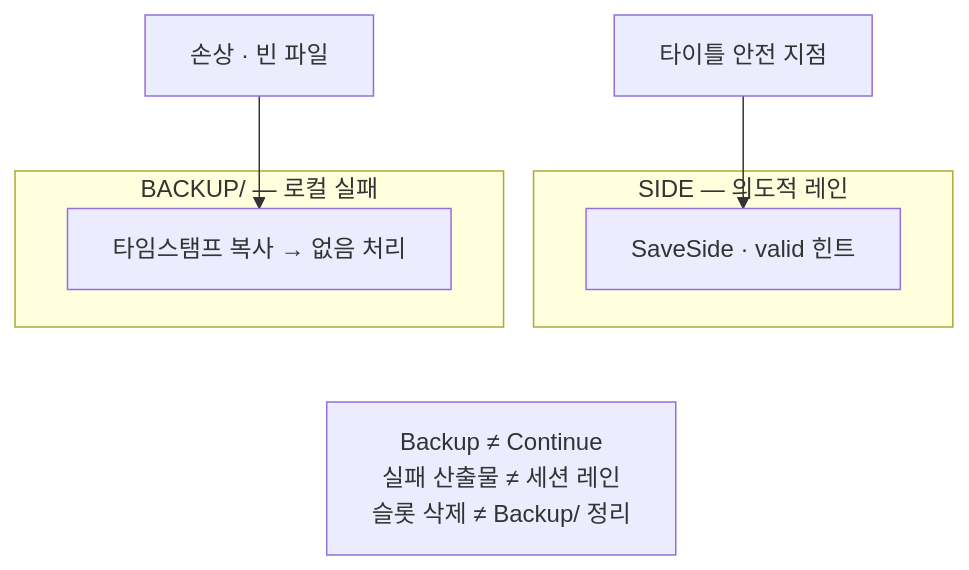
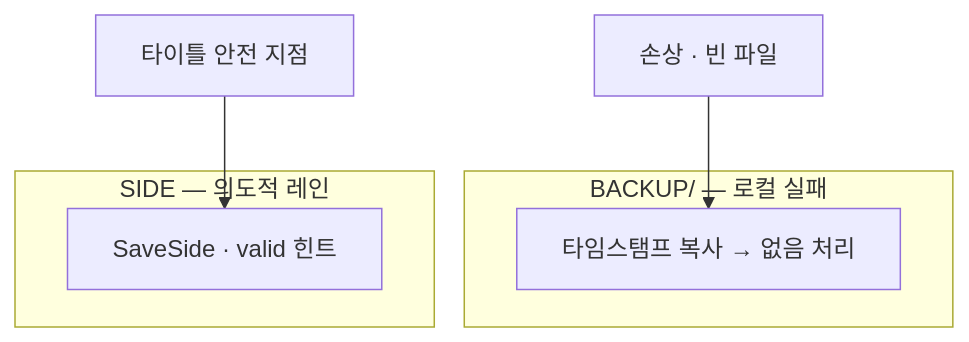
The diagram in notes/save-layout-side-lane.md (monet5379/monet5379.github.io), drawn with Mermaid before and after one commit. The commit also changed other lines of this file and 24 other files, not shown here.

Commit message:
콘텐츠(notes): project 목록 FM과 복수 증명·Mermaid·회고 슬롯을 맞춥니다.

````diff
--- a/notes/save-layout-side-lane.md
+++ b/notes/save-layout-side-lane.md
@@ -41,17 +43,13 @@
 ```mermaid
 flowchart TD
   E["손상 · 빈 파일"] --> B
   T["타이틀 안전 지점"] --> S
 
   subgraph BACKUP["BACKUP/ — 로컬 실패"]
     B["타임스탬프 복사 → 없음 처리"]
   end
 
   subgraph SIDE["SIDE — 의도적 레인"]
     S["SaveSide · valid 힌트"]
   end
-
-  NOTE["Backup ≠ Continue<br/>실패 산출물 ≠ 세션 레인<br/>슬롯 삭제 ≠ Backup/ 정리"]
-  B ~~~ NOTE
-  S ~~~ NOTE
 ```
````
